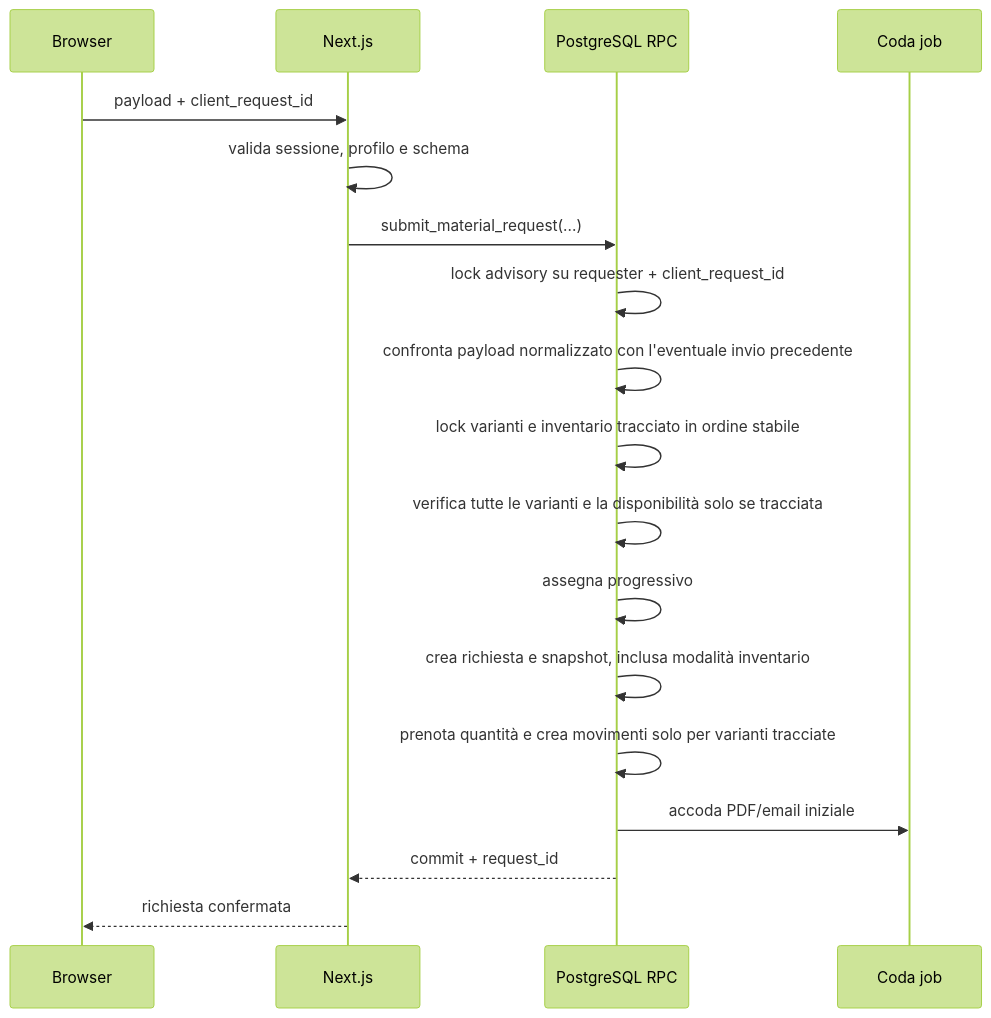
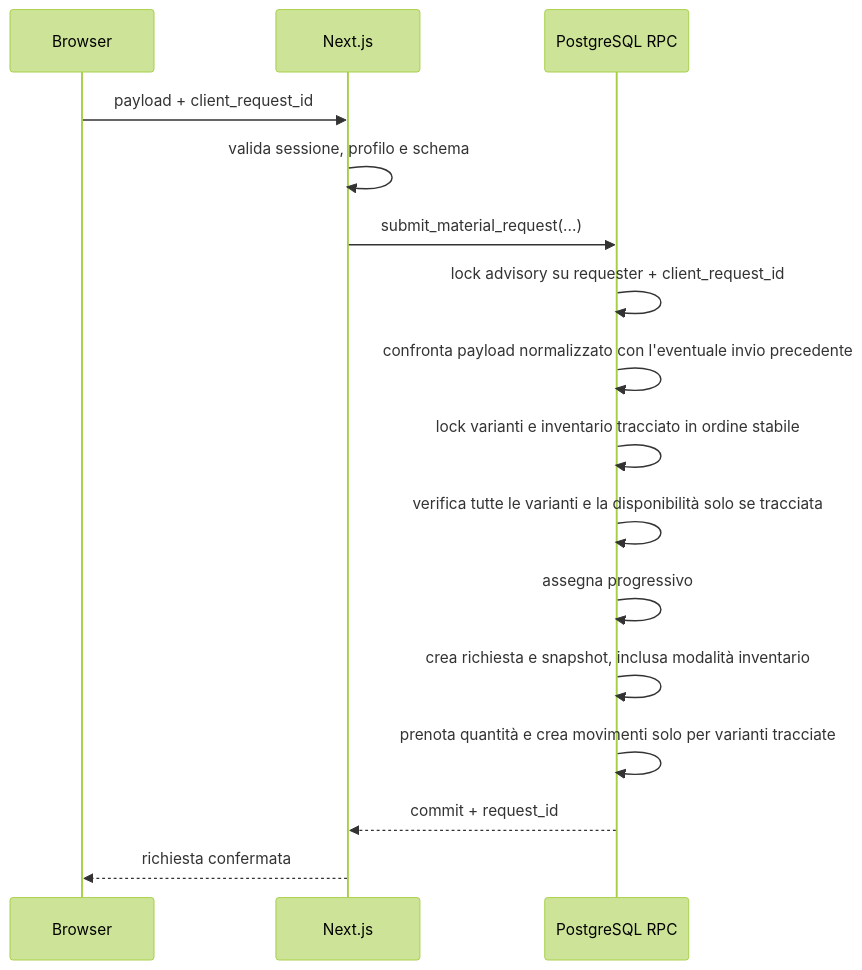
One commit to GianlucaOcchiuzziKiwui/fabtek-warehouse-app-test changed the second of 2 diagrams in ARCHITECTURE.md. Above: the diagram before and after it, drawn with Mermaid (forest theme). The commit also changed other lines of this file and 12 other files, not shown here.

Commit message:
fix: harden on-demand PDF flow

````diff
--- a/ARCHITECTURE.md
+++ b/ARCHITECTURE.md
@@ -323,21 +312,19 @@
 ```mermaid
 sequenceDiagram
     participant B as Browser
     participant N as Next.js
     participant P as PostgreSQL RPC
-    participant J as Coda job
 
     B->>N: payload + client_request_id
     N->>N: valida sessione, profilo e schema
     N->>P: submit_material_request(...)
     P->>P: lock advisory su requester + client_request_id
     P->>P: confronta payload normalizzato con l'eventuale invio precedente
     P->>P: lock varianti e inventario tracciato in ordine stabile
     P->>P: verifica tutte le varianti e la disponibilità solo se tracciata
     P->>P: assegna progressivo
     P->>P: crea richiesta e snapshot, inclusa modalità inventario
     P->>P: prenota quantità e crea movimenti solo per varianti tracciate
-    P->>J: accoda PDF/email iniziale
     P-->>N: commit + request_id
     N-->>B: richiesta confermata
 ```
````
